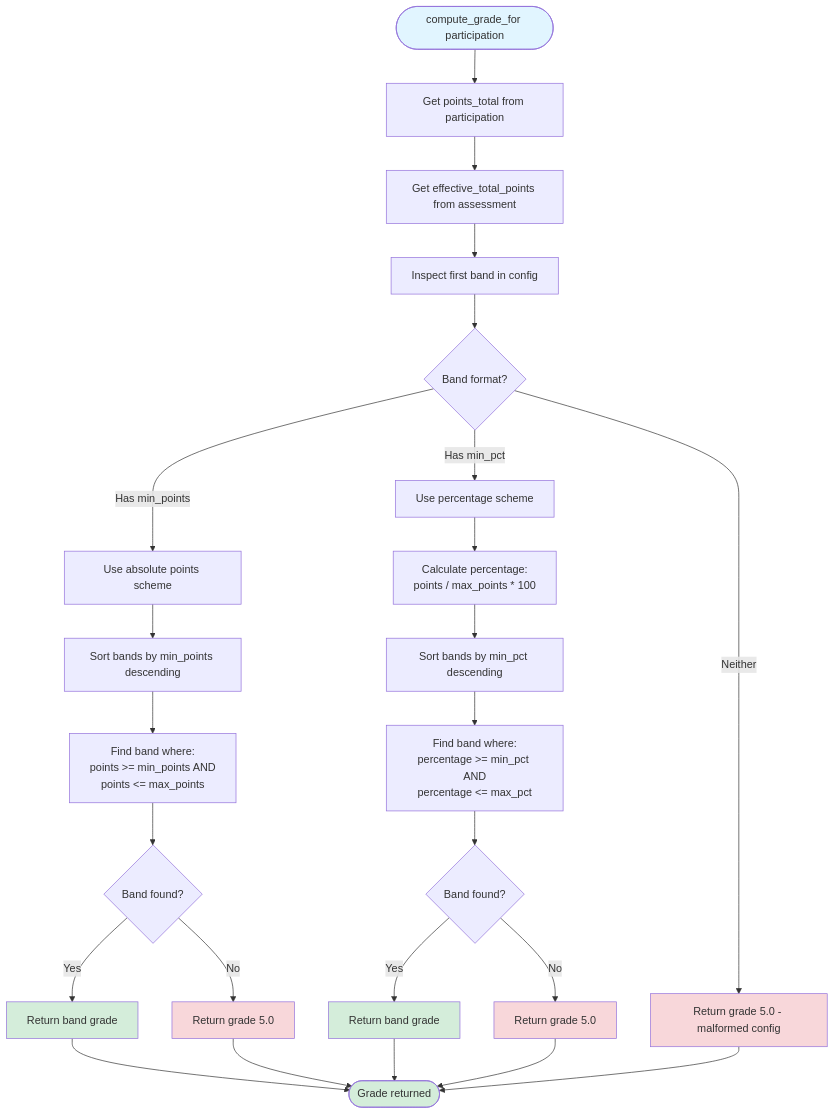
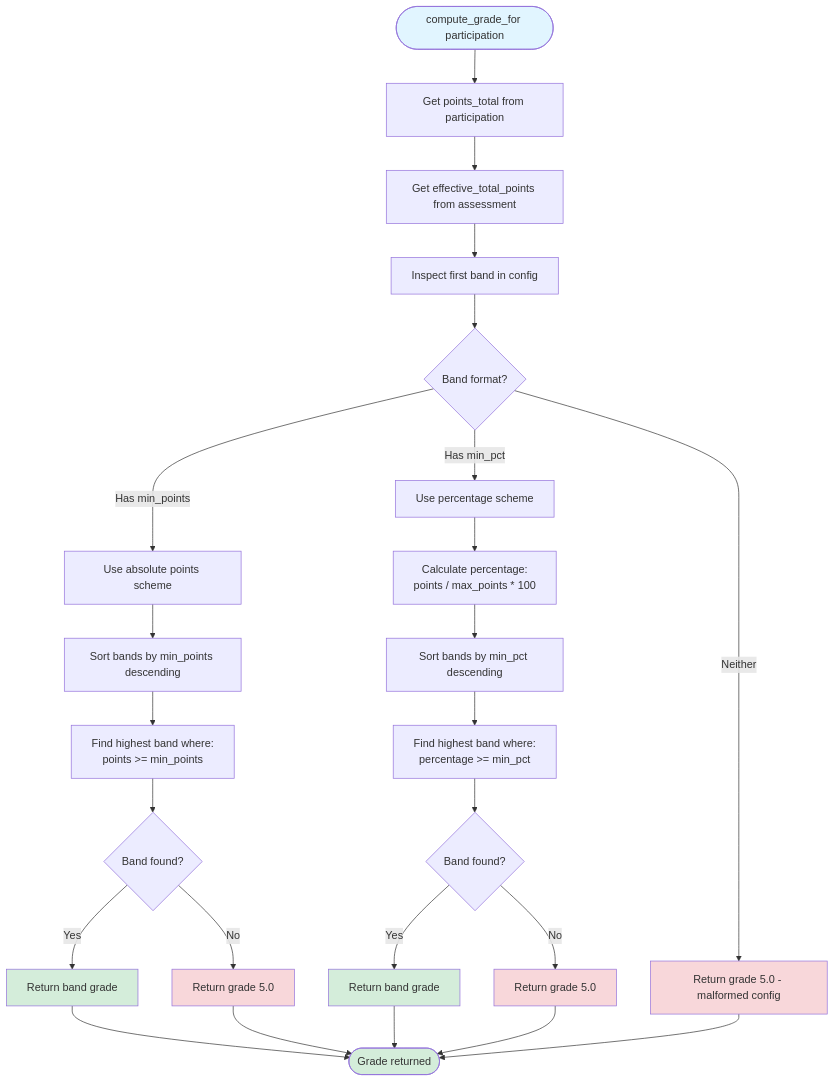
Before and after one commit to MaMpf-HD/mampf: the third of 5 diagrams in architecture/src/features/05b-grading-schemes.md, drawn with Mermaid. The commit also changed other lines of this file and 1 other file, not shown here.

Commit message:
Correct the band format: a band is a lower bound, and only point bands are generated

````diff
--- a/architecture/src/features/05b-grading-schemes.md
+++ b/architecture/src/features/05b-grading-schemes.md
@@ -569,39 +592,39 @@
 ```mermaid
 flowchart TD
     Start([compute_grade_for participation]) --> GetPoints[Get points_total from participation]
     GetPoints --> GetMaxPoints[Get effective_total_points from assessment]
 
     GetMaxPoints --> InspectBand[Inspect first band in config]
     InspectBand --> CheckFormat{Band format?}
 
     CheckFormat -->|Has min_points| AbsoluteFlow[Use absolute points scheme]
     CheckFormat -->|Has min_pct| PercentageFlow[Use percentage scheme]
     CheckFormat -->|Neither| Fallback[Return grade 5.0 - malformed config]
 
     AbsoluteFlow --> SortAbsBands[Sort bands by min_points descending]
-    SortAbsBands --> FindAbsBand[Find band where:<br/>points >= min_points AND<br/>points <= max_points]
+    SortAbsBands --> FindAbsBand[Find highest band where:<br/>points >= min_points]
     FindAbsBand --> AbsFound{Band found?}
     AbsFound -->|Yes| ReturnAbsGrade[Return band grade]
     AbsFound -->|No| Return50Abs[Return grade 5.0]
 
     PercentageFlow --> CalcPct[Calculate percentage:<br/>points / max_points * 100]
     CalcPct --> SortPctBands[Sort bands by min_pct descending]
-    SortPctBands --> FindPctBand[Find band where:<br/>percentage >= min_pct AND<br/>percentage <= max_pct]
+    SortPctBands --> FindPctBand[Find highest band where:<br/>percentage >= min_pct]
     FindPctBand --> PctFound{Band found?}
     PctFound -->|Yes| ReturnPctGrade[Return band grade]
     PctFound -->|No| Return50Pct[Return grade 5.0]
 
     ReturnAbsGrade --> End([Grade returned])
     Return50Abs --> End
     ReturnPctGrade --> End
     Return50Pct --> End
     Fallback --> End
 
     style Start fill:#e1f5ff
     style End fill:#d4edda
     style Fallback fill:#f8d7da
     style Return50Abs fill:#f8d7da
     style Return50Pct fill:#f8d7da
     style ReturnAbsGrade fill:#d4edda
     style ReturnPctGrade fill:#d4edda
 ```
````
